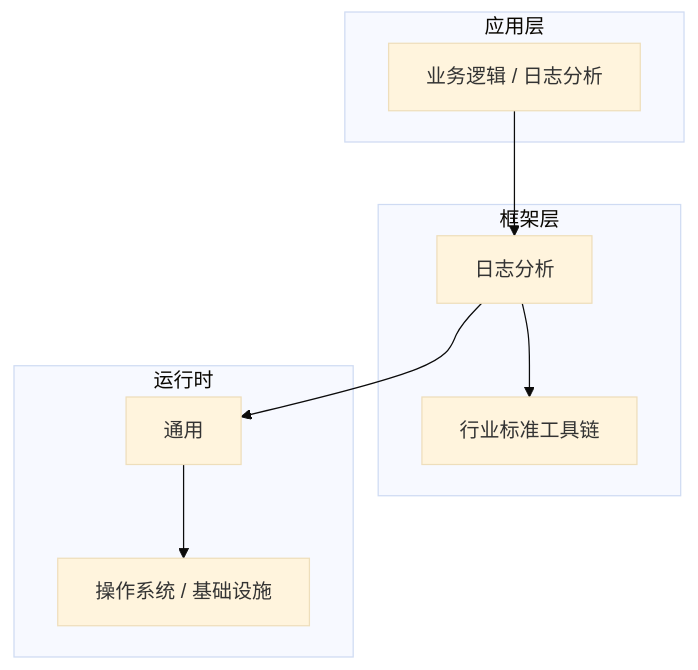
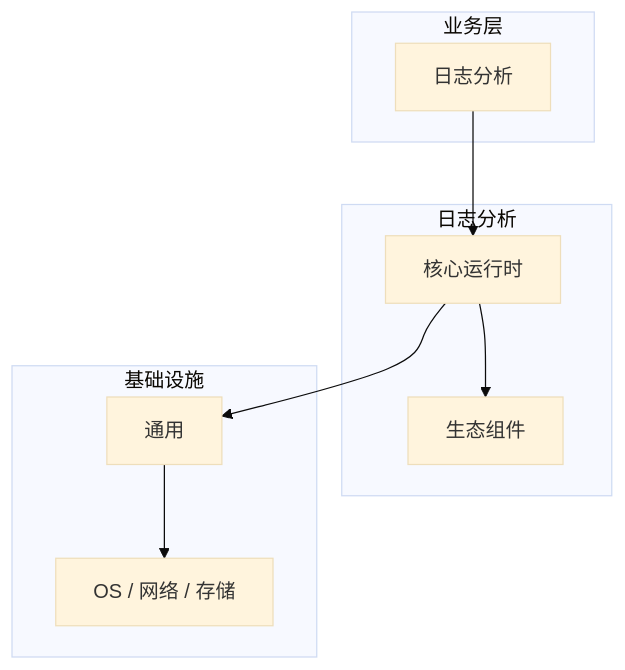
One commit to yanggan2015/knowledge-json-v2 changed the diagram in articles/日志分析/chapters/025-日志分析核心概念与原理.md. Above: the diagram before and after it, drawn with Mermaid (base theme). The commit also changed other lines of this file and 10127 other files, not shown here.

````diff
--- a/articles/日志分析/chapters/025-日志分析核心概念与原理.md
+++ b/articles/日志分析/chapters/025-日志分析核心概念与原理.md
@@ -45,18 +34,18 @@
 ```mermaid
 graph TB
-    subgraph 应用层
-        A[业务逻辑 / 日志分析]
+    subgraph 业务层
+        A[日志分析]
     end
-    subgraph 框架层
-        B[日志分析]
-        C[行业标准工具链]
+    subgraph 日志分析
+        B[核心运行时]
+        C[生态组件]
     end
-    subgraph 运行时
+    subgraph 基础设施
         D[通用]
-        E[操作系统 / 基础设施]
+        E[OS / 网络 / 存储]
     end
     A --> B
     B --> C
     B --> D
     D --> E
 ```
````
